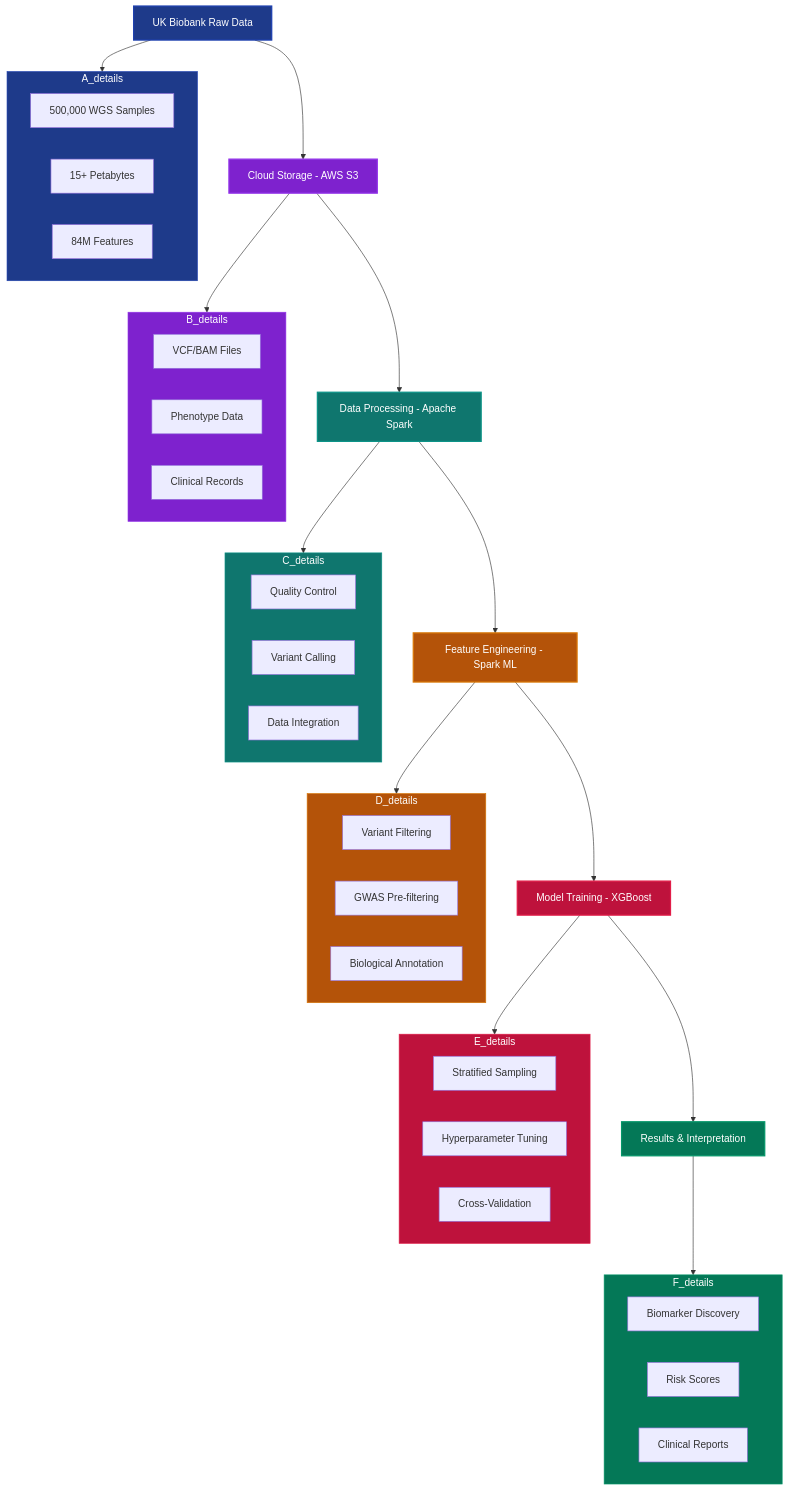
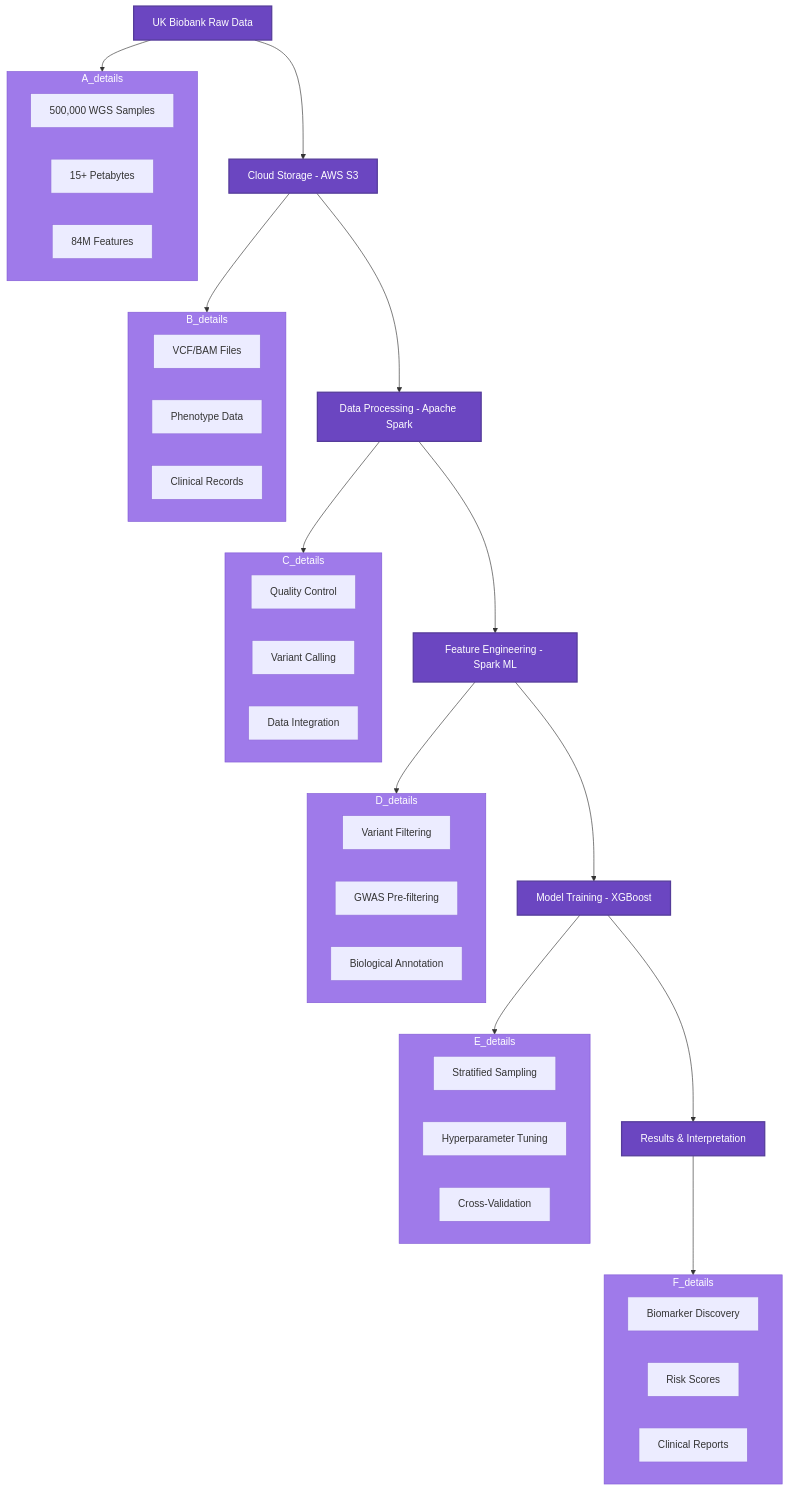
One commit to idrees118/idrees118.github.io changed the diagram in index.md. Above: the diagram before and after it, drawn with Mermaid. The commit also changed other lines of this file, not shown here.

```diff
--- a/index.md
+++ b/index.md
@@ -510,64 +460,64 @@
-        <div class="mermaid">
+            <div class="mermaid">
 graph TD
     A[UK Biobank Raw Data] --> B[Cloud Storage - AWS S3]
     B --> C[Data Processing - Apache Spark]
     C --> D[Feature Engineering - Spark ML]
     D --> E[Model Training - XGBoost]
     E --> F[Results & Interpretation]
     
     subgraph A_details
         A1[500,000 WGS Samples]
         A2[15+ Petabytes]
         A3[84M Features]
     end
     
     subgraph B_details
         B1[VCF/BAM Files]
         B2[Phenotype Data]
         B3[Clinical Records]
     end
     
     subgraph C_details
         C1[Quality Control]
         C2[Variant Calling]
         C3[Data Integration]
     end
     
     subgraph D_details
         D1[Variant Filtering]
         D2[GWAS Pre-filtering]
         D3[Biological Annotation]
     end
     
     subgraph E_details
         E1[Stratified Sampling]
         E2[Hyperparameter Tuning]
         E3[Cross-Validation]
     end
     
     subgraph F_details
         F1[Biomarker Discovery]
         F2[Risk Scores]
         F3[Clinical Reports]
     end
     
     A --> A_details
     B --> B_details
     C --> C_details
     D --> D_details
     E --> E_details
     F --> F_details
 
-    style A fill:#1e3a8a,stroke:#1e40af,stroke-width:2px,color:#ffffff
-    style B fill:#7e22ce,stroke:#9333ea,stroke-width:2px,color:#ffffff
-    style C fill:#0f766e,stroke:#0d9488,stroke-width:2px,color:#ffffff
-    style D fill:#b45309,stroke:#d97706,stroke-width:2px,color:#ffffff
-    style E fill:#be123c,stroke:#e11d48,stroke-width:2px,color:#ffffff
-    style F fill:#047857,stroke:#059669,stroke-width:2px,color:#ffffff
-    style A_details fill:#1e3a8a,stroke:#1e40af,stroke-width:1px,color:#ffffff
-    style B_details fill:#7e22ce,stroke:#9333ea,stroke-width:1px,color:#ffffff
-    style C_details fill:#0f766e,stroke:#0d9488,stroke-width:1px,color:#ffffff
-    style D_details fill:#b45309,stroke:#d97706,stroke-width:1px,color:#ffffff
-    style E_details fill:#be123c,stroke:#e11d48,stroke-width:1px,color:#ffffff
-    style F_details fill:#047857,stroke:#059669,stroke-width:1px,color:#ffffff
-        </div>
+    style A fill:#6B46C1,stroke:#553C9A,stroke-width:2px,color:#ffffff
+    style B fill:#6B46C1,stroke:#553C9A,stroke-width:2px,color:#ffffff
+    style C fill:#6B46C1,stroke:#553C9A,stroke-width:2px,color:#ffffff
+    style D fill:#6B46C1,stroke:#553C9A,stroke-width:2px,color:#ffffff
+    style E fill:#6B46C1,stroke:#553C9A,stroke-width:2px,color:#ffffff
+    style F fill:#6B46C1,stroke:#553C9A,stroke-width:2px,color:#ffffff
+    style A_details fill:#9F7AEA,stroke:#805AD5,stroke-width:1px,color:#ffffff
+    style B_details fill:#9F7AEA,stroke:#805AD5,stroke-width:1px,color:#ffffff
+    style C_details fill:#9F7AEA,stroke:#805AD5,stroke-width:1px,color:#ffffff
+    style D_details fill:#9F7AEA,stroke:#805AD5,stroke-width:1px,color:#ffffff
+    style E_details fill:#9F7AEA,stroke:#805AD5,stroke-width:1px,color:#ffffff
+    style F_details fill:#9F7AEA,stroke:#805AD5,stroke-width:1px,color:#ffffff
+            </div>
```
